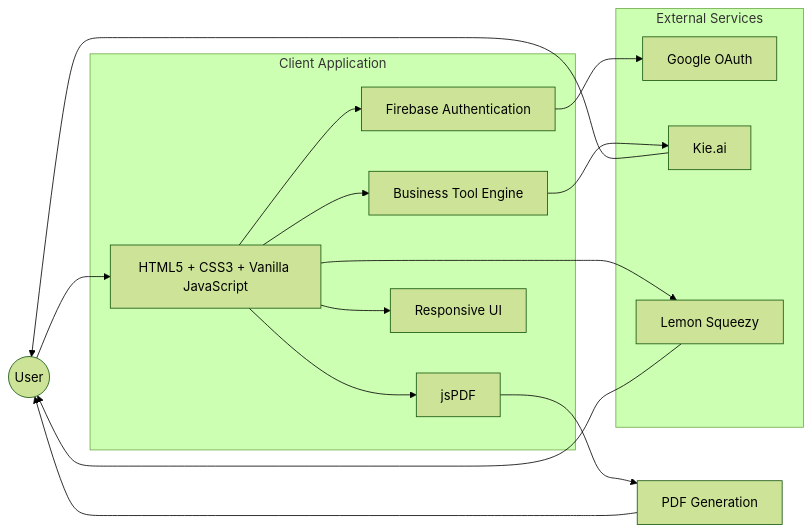
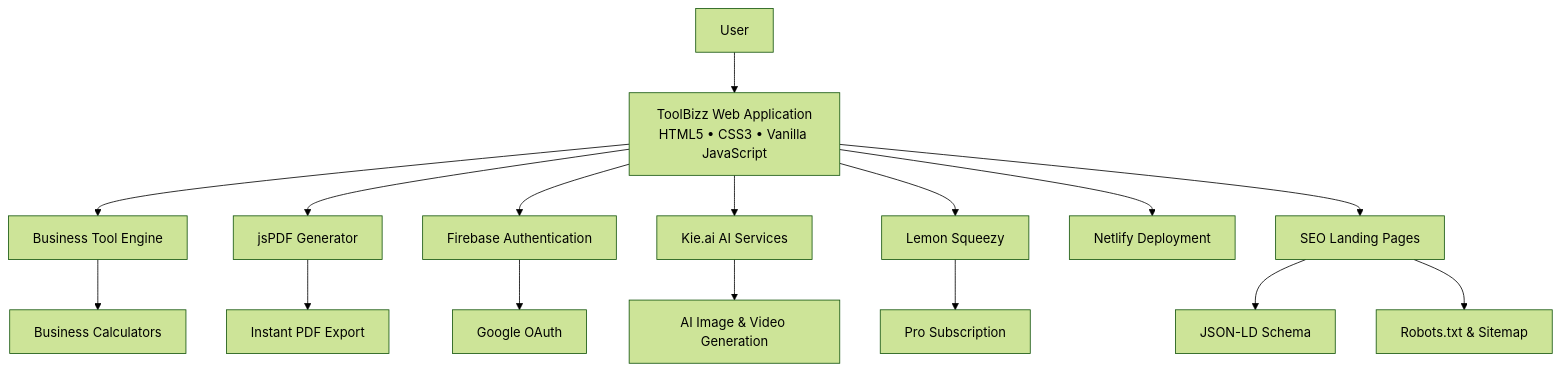
One commit to sumamakhalil/toolbizz changed the diagram in README.md. Above: the diagram before and after it, drawn with Mermaid (forest theme). The commit also changed other lines of this file, not shown here.

Commit message:
Revise system architecture diagram in README.md
Updated the system architecture diagram in README.md to reflect changes in the flowchart structure and component relationships.

````diff
--- a/README.md
+++ b/README.md
@@ -153,48 +151,49 @@
 ```mermaid
-flowchart LR
+flowchart TD
 
-    User((User))
+    U[User]
 
-    User --> Frontend
+    A[ToolBizz Web Application<br/>HTML5 • CSS3 • Vanilla JavaScript]
 
-    subgraph Client["Client Application"]
-        Frontend[HTML5 + CSS3 + Vanilla JavaScript]
+    B[Business Tool Engine]
+    C[jsPDF Generator]
+    D[Firebase Authentication]
+    E[Kie.ai AI Services]
 
-        Auth[Firebase Authentication]
+    F[Google OAuth]
+    G[Instant PDF Export]
+    H[Business Calculators]
+    I[AI Image & Video Generation]
 
-        Tools[Business Tool Engine]
+    J[Lemon Squeezy]
+    K[Pro Subscription]
 
-        PDF[jsPDF]
+    L[Netlify Deployment]
 
-        UI[Responsive UI]
+    M[SEO Landing Pages]
+    N[JSON-LD Schema]
+    O[Robots.txt & Sitemap]
 
-        Frontend --> Auth
-        Frontend --> Tools
-        Frontend --> PDF
-        Frontend --> UI
-    end
+    U --> A
 
-    subgraph External["External Services"]
+    A --> B
+    A --> C
+    A --> D
+    A --> E
 
-        Google[Google OAuth]
+    B --> H
+    C --> G
 
-        Kie[Kie.ai]
+    D --> F
 
-        Lemon[Lemon Squeezy]
+    E --> I
 
-    end
+    A --> J
+    J --> K
 
-    Auth --> Google
+    A --> L
 
-    Tools --> Kie
-
-    Frontend --> Lemon
-
-    PDF --> Download[PDF Generation]
-
-    Download --> User
-
-    Kie --> User
-
-    Lemon --> User
+    A --> M
+    M --> N
+    M --> O
 ```
````
